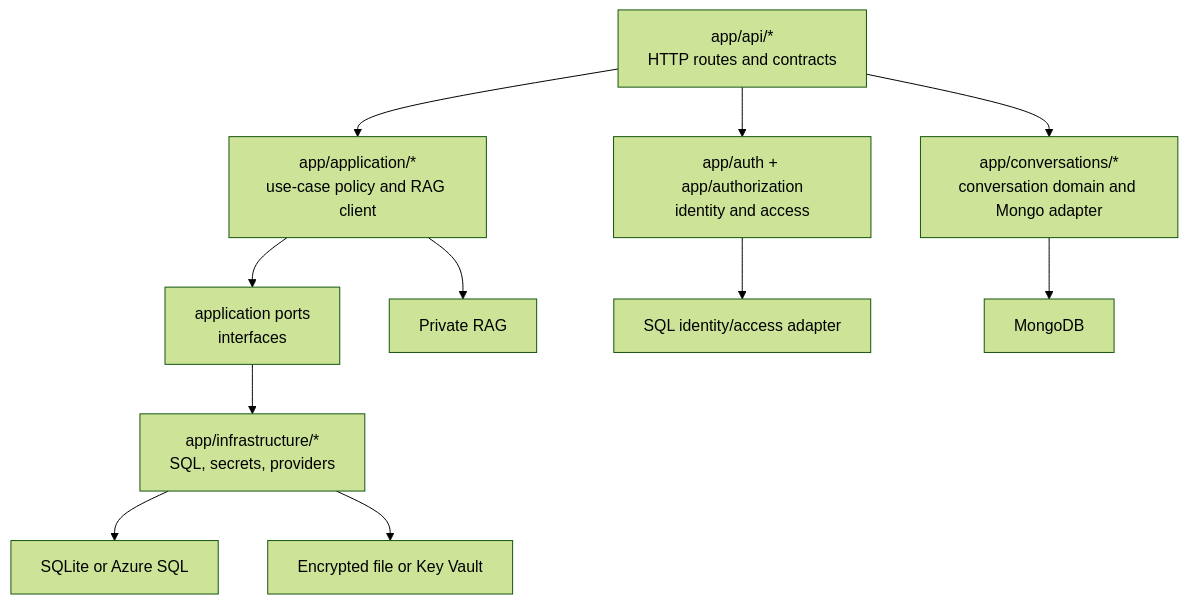
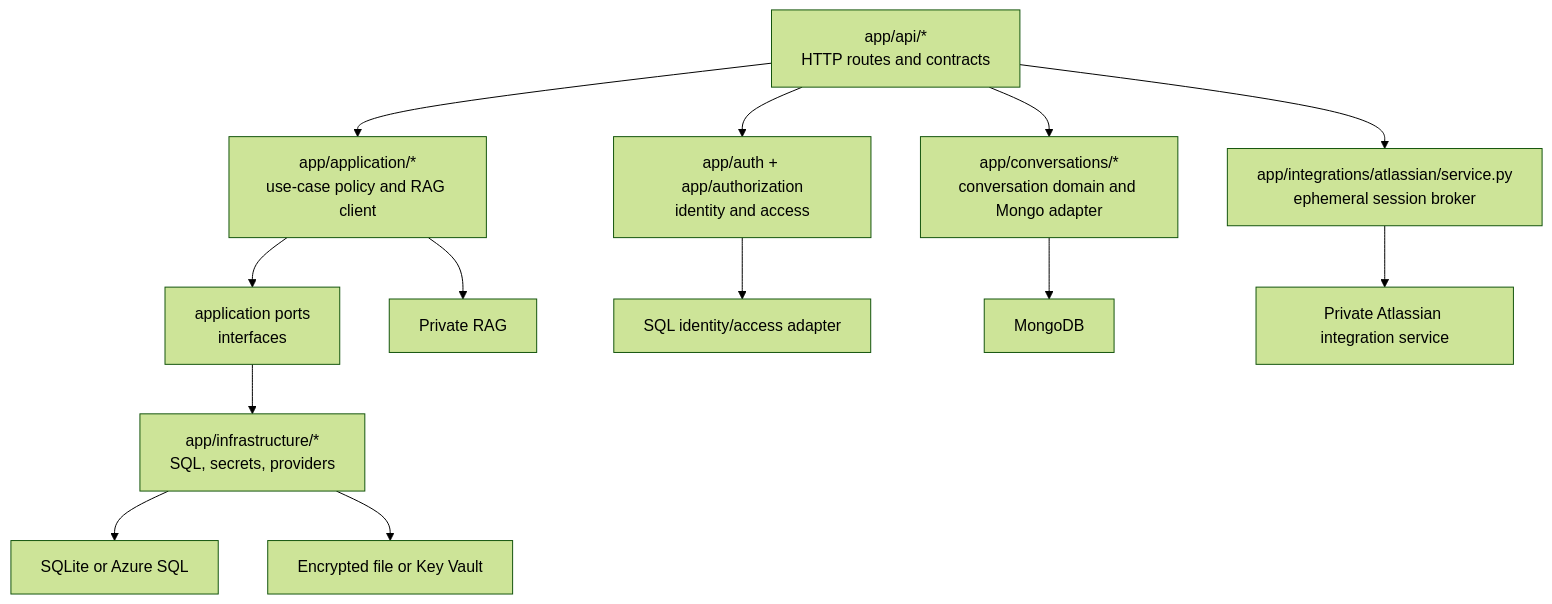
One commit to naveenrajElangovan/project-intelligence-backend changed the seventh of 8 diagrams in docs/CURRENT_ARCHITECTURE.md. Above: the diagram before and after it, drawn with Mermaid (forest theme). The commit also changed other lines of this file and 1 other file, not shown here.

Commit message:
docs: update five-service architecture

````diff
--- a/docs/CURRENT_ARCHITECTURE.md
+++ b/docs/CURRENT_ARCHITECTURE.md
@@ -372,13 +400,15 @@
 ```mermaid
 flowchart TB
     API["app/api/*\nHTTP routes and contracts"] --> APP["app/application/*\nuse-case policy and RAG client"]
     API --> AUTH["app/auth + app/authorization\nidentity and access"]
     APP --> PORTS["application ports\ninterfaces"]
     AUTH --> SQLA["SQL identity/access adapter"]
     PORTS --> INFRA["app/infrastructure/*\nSQL, secrets, providers"]
     API --> CONV["app/conversations/*\nconversation domain and Mongo adapter"]
+    API --> ATS["app/integrations/atlassian/service.py\nephemeral session broker"]
     INFRA --> SQL["SQLite or Azure SQL"]
     INFRA --> KV["Encrypted file or Key Vault"]
     CONV --> MONGO["MongoDB"]
     APP --> RAG["Private RAG"]
+    ATS --> ATLSVC["Private Atlassian integration service"]
 ```
````
